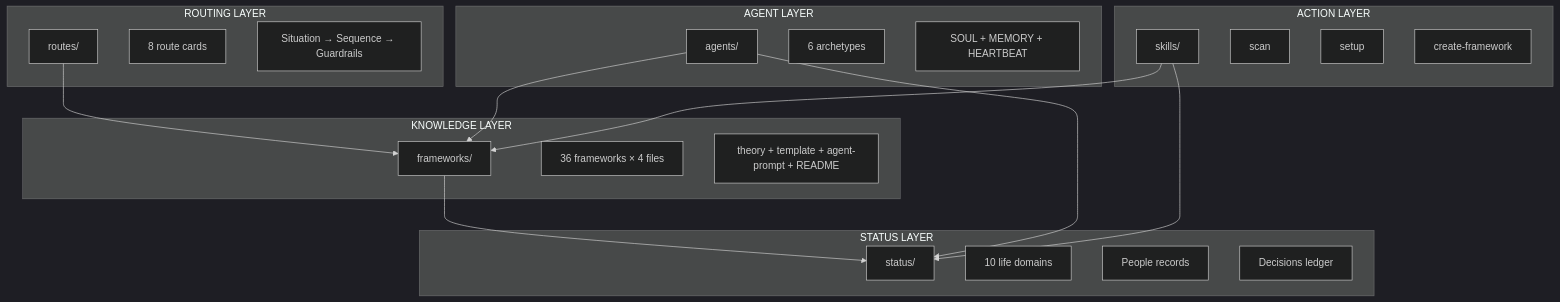
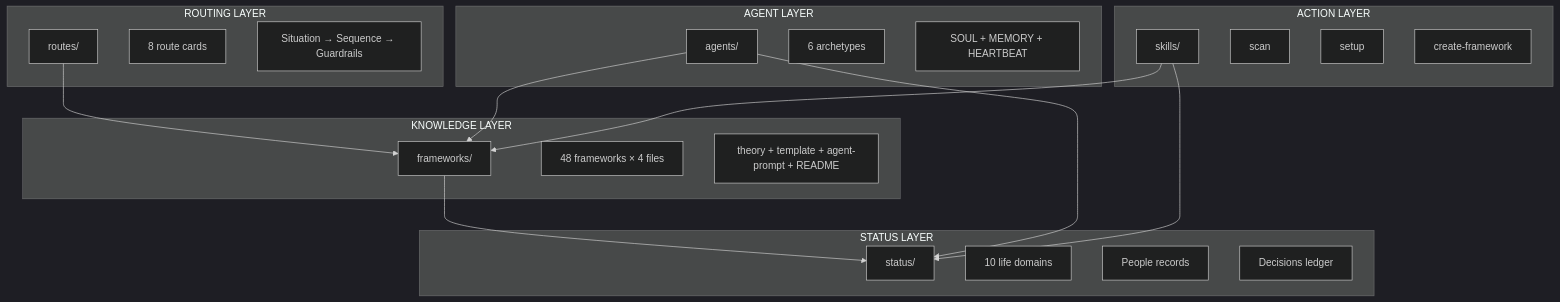
The first of 3 diagrams in FRAMEWORK-MAP.md (TaylorONeal/mirror-palace), drawn with Mermaid (dark theme) before and after one commit. The commit also changed other lines of this file and 15 other files, not shown here.

````diff
--- a/FRAMEWORK-MAP.md
+++ b/FRAMEWORK-MAP.md
@@ -19,41 +19,41 @@
 ```mermaid
 graph TB
     subgraph "ROUTING LAYER"
         R[routes/]
         R1[8 route cards]
         R2[Situation → Sequence → Guardrails]
     end
 
     subgraph "KNOWLEDGE LAYER"
         F[frameworks/]
-        F1[36 frameworks × 4 files]
+        F1[48 frameworks × 4 files]
         F2[theory + template + agent-prompt + README]
     end
 
     subgraph "STATUS LAYER"
         S[status/]
         S1[10 life domains]
         S2[People records]
         S3[Decisions ledger]
     end
 
     subgraph "AGENT LAYER"
         A[agents/]
         A1[6 archetypes]
         A2[SOUL + MEMORY + HEARTBEAT]
     end
 
     subgraph "ACTION LAYER"
         SK[skills/]
         SK1[scan]
         SK2[setup]
         SK3[create-framework]
     end
 
     R --> F
     F --> S
     A --> F
     A --> S
     SK --> F
     SK --> S
 ```
````
